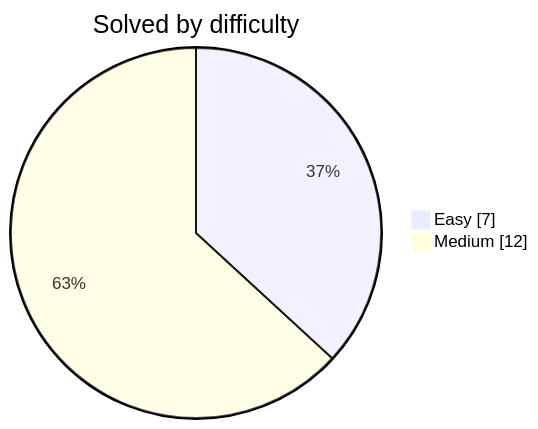
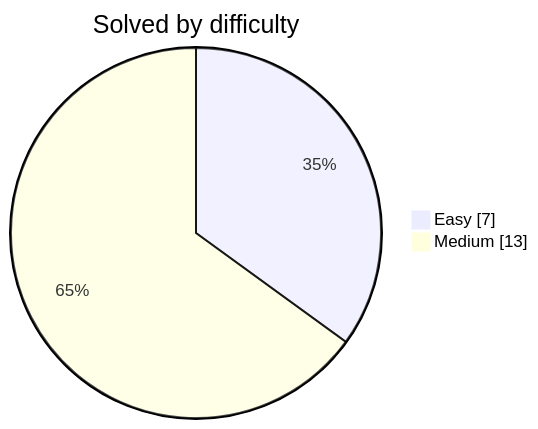
The diagram in README.md (DwijeshD/leetcode-solutions), drawn with Mermaid before and after one commit. The commit also changed other lines of this file and 2 other files, not shown here.

````diff
--- a/README.md
+++ b/README.md
@@ -31,6 +31,6 @@
 ```mermaid
 pie showData
     title Solved by difficulty
     "Easy" : 7
-    "Medium" : 12
+    "Medium" : 13
 ```
````
